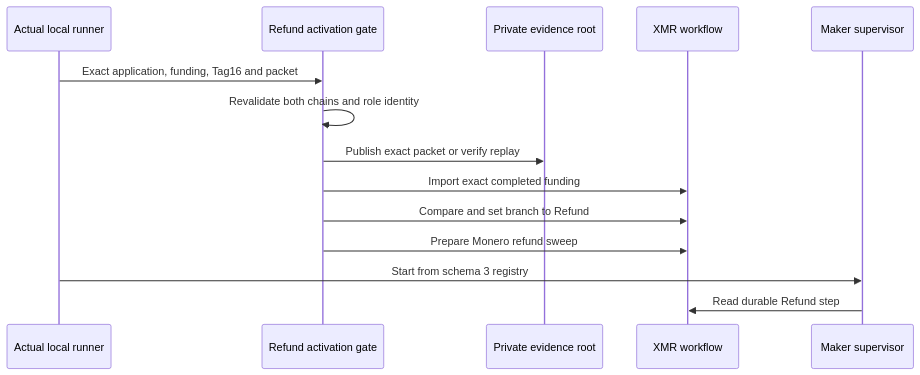
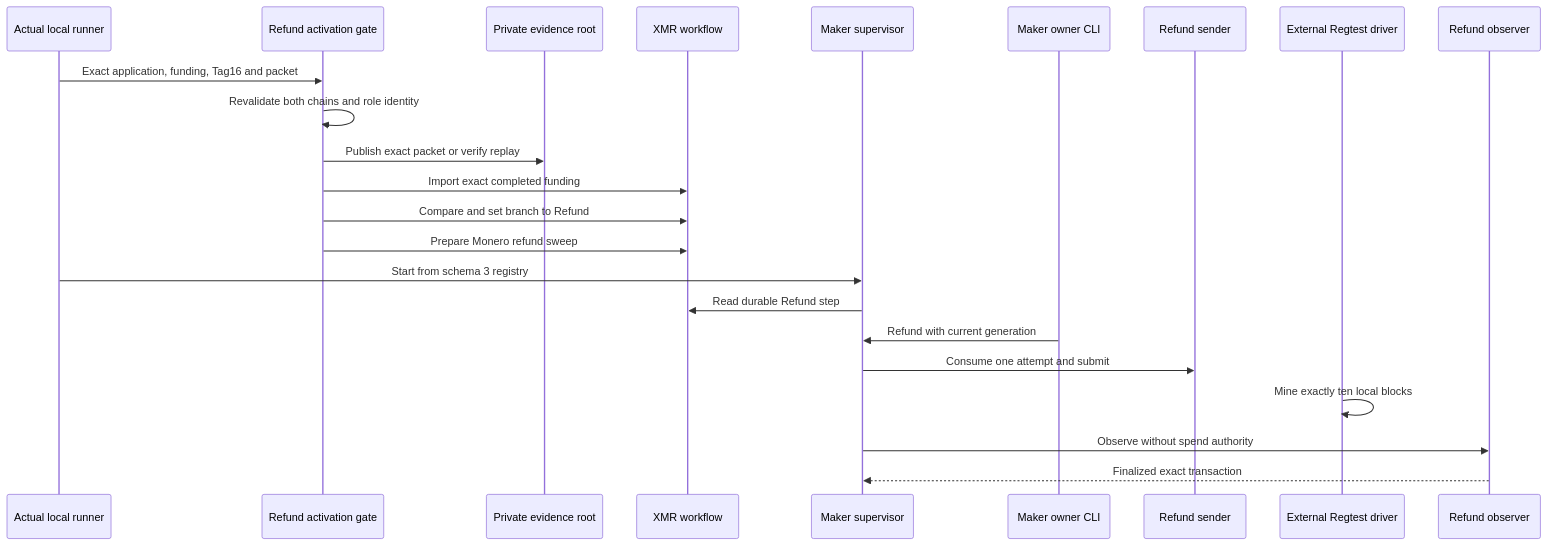
Before and after one commit to gateway-fm/lez-atomic-swaps: the second of 2 diagrams in docs/architecture/0168-activate-maker-refund-from-finalized-evidence.md, drawn with Mermaid. The commit also changed other lines of this file and 8 other files, not shown here.

````diff
--- a/docs/architecture/0168-activate-maker-refund-from-finalized-evidence.md
+++ b/docs/architecture/0168-activate-maker-refund-from-finalized-evidence.md
@@ -46,17 +46,26 @@
 ```mermaid
 sequenceDiagram
     participant Runner as Actual local runner
     participant Gate as Refund activation gate
     participant Evidence as Private evidence root
     participant Journal as XMR workflow
     participant Supervisor as Maker supervisor
+    participant Owner as Maker owner CLI
+    participant Sender as Refund sender
+    participant Driver as External Regtest driver
+    participant Observer as Refund observer
 
     Runner->>Gate: Exact application, funding, Tag16 and packet
     Gate->>Gate: Revalidate both chains and role identity
     Gate->>Evidence: Publish exact packet or verify replay
     Gate->>Journal: Import exact completed funding
     Gate->>Journal: Compare and set branch to Refund
     Gate->>Journal: Prepare Monero refund sweep
     Runner->>Supervisor: Start from schema 3 registry
     Supervisor->>Journal: Read durable Refund step
+    Owner->>Supervisor: Refund with current generation
+    Supervisor->>Sender: Consume one attempt and submit
+    Driver->>Driver: Mine exactly ten local blocks
+    Supervisor->>Observer: Observe without spend authority
+    Observer-->>Supervisor: Finalized exact transaction
 ```
````
